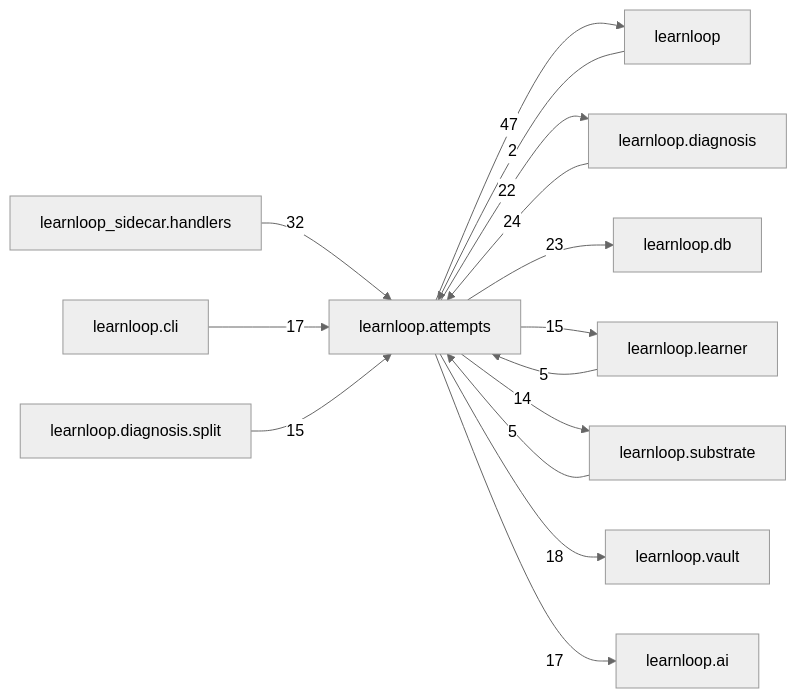
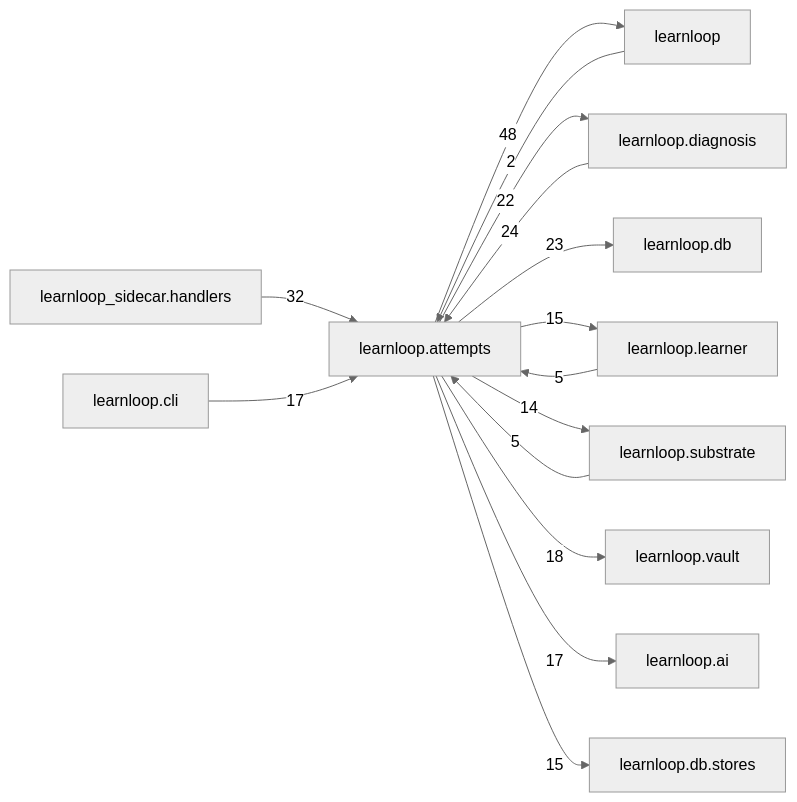
One commit to 6up-b/learnanything changed the diagram in docs/learnloop-architecture-vault/Reference/Modules/learnloop/attempts/_package.md. Above: the diagram before and after it, drawn with Mermaid (neutral theme). The commit also changed other lines of this file and 76 other files, not shown here.

````diff
--- a/docs/learnloop-architecture-vault/Reference/Modules/learnloop/attempts/_package.md
+++ b/docs/learnloop-architecture-vault/Reference/Modules/learnloop/attempts/_package.md
@@ -178,28 +178,28 @@
 ```mermaid
 flowchart LR
     center["learnloop.attempts"]
     n_learnloop["learnloop"]
     n_learnloop_diagnosis["learnloop.diagnosis"]
     n_learnloop_sidecar_handlers["learnloop_sidecar.handlers"]
     n_learnloop_db["learnloop.db"]
     n_learnloop_learner["learnloop.learner"]
     n_learnloop_substrate["learnloop.substrate"]
     n_learnloop_vault["learnloop.vault"]
     n_learnloop_ai["learnloop.ai"]
     n_learnloop_cli["learnloop.cli"]
-    n_learnloop_diagnosis_split["learnloop.diagnosis.split"]
+    n_learnloop_db_stores["learnloop.db.stores"]
     n_learnloop -->|2| center
-    center -->|47| n_learnloop
+    center -->|48| n_learnloop
     n_learnloop_diagnosis -->|24| center
     center -->|22| n_learnloop_diagnosis
     n_learnloop_sidecar_handlers -->|32| center
     center -->|23| n_learnloop_db
     n_learnloop_learner -->|5| center
     center -->|15| n_learnloop_learner
     n_learnloop_substrate -->|5| center
     center -->|14| n_learnloop_substrate
     center -->|18| n_learnloop_vault
     center -->|17| n_learnloop_ai
     n_learnloop_cli -->|17| center
-    n_learnloop_diagnosis_split -->|15| center
+    center -->|15| n_learnloop_db_stores
 ```
````
